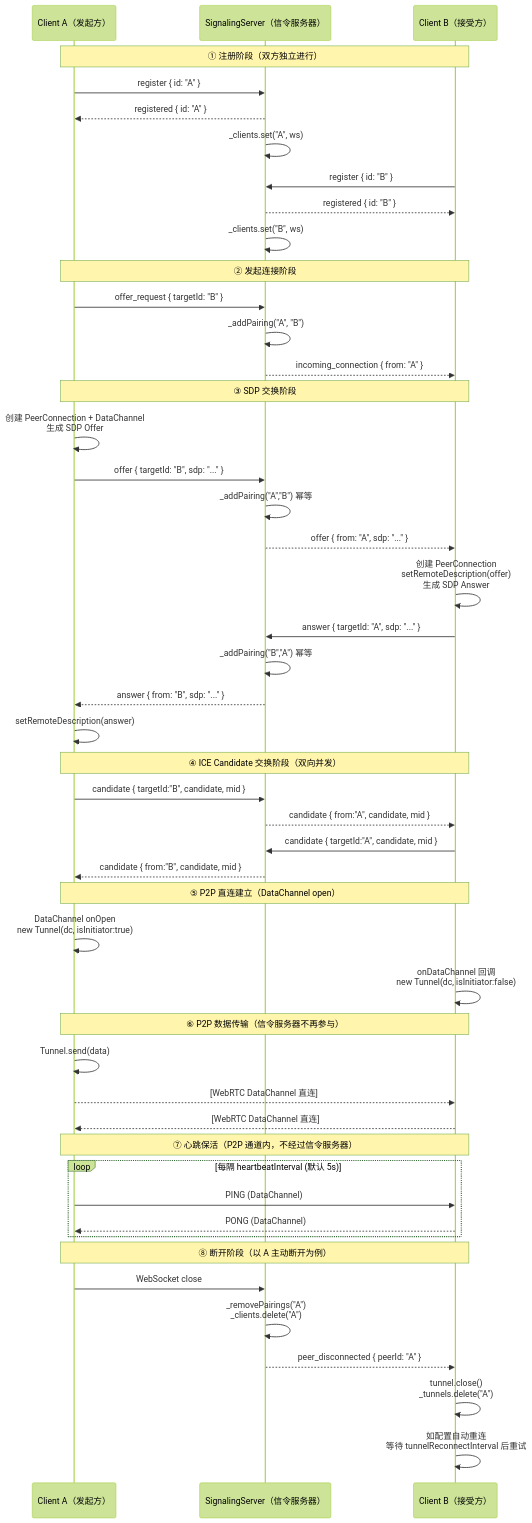
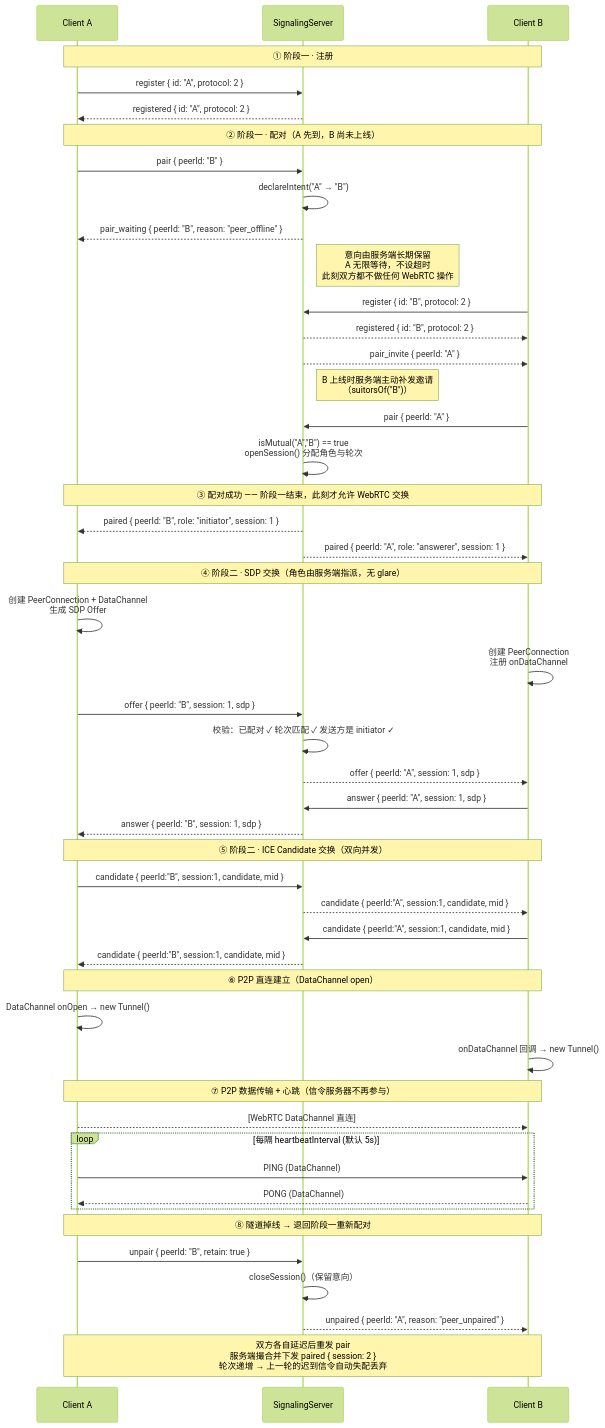
The diagram in webrtc_tunnel/README.md (hozeeee/proxy_server), drawn with Mermaid (forest theme) before and after one commit. The commit also changed other lines of this file and 11 other files, not shown here.

````diff
--- a/webrtc_tunnel/README.md
+++ b/webrtc_tunnel/README.md
@@ -23,70 +32,70 @@
 ```mermaid
 sequenceDiagram
-    participant A as Client A（发起方）
-    participant S as SignalingServer（信令服务器）
-    participant B as Client B（接受方）
+    participant A as Client A
+    participant S as SignalingServer
+    participant B as Client B
 
-    Note over A,B: ① 注册阶段（双方独立进行）
+    Note over A,B: ① 阶段一 · 注册
 
-    A->>S: register { id: "A" }
-    S-->>A: registered { id: "A" }
-    S->>S: _clients.set("A", ws)
+    A->>S: register { id: "A", protocol: 2 }
+    S-->>A: registered { id: "A", protocol: 2 }
 
-    B->>S: register { id: "B" }
-    S-->>B: registered { id: "B" }
-    S->>S: _clients.set("B", ws)
+    Note over A,B: ② 阶段一 · 配对（A 先到，B 尚未上线）
 
-    Note over A,B: ② 发起连接阶段
+    A->>S: pair { peerId: "B" }
+    S->>S: declareIntent("A" → "B")
+    S-->>A: pair_waiting { peerId: "B", reason: "peer_offline" }
+    Note right of S: 意向由服务端长期保留<br/>A 无限等待，不设超时<br/>此刻双方都不做任何 WebRTC 操作
 
-    A->>S: offer_request { targetId: "B" }
-    S->>S: _addPairing("A", "B")
-    S-->>B: incoming_connection { from: "A" }
+    B->>S: register { id: "B", protocol: 2 }
+    S-->>B: registered { id: "B", protocol: 2 }
+    S-->>B: pair_invite { peerId: "A" }
+    Note right of S: B 上线时服务端主动补发邀请<br/>（suitorsOf("B")）
 
-    Note over A,B: ③ SDP 交换阶段
+    B->>S: pair { peerId: "A" }
+    S->>S: isMutual("A","B") == true<br/>openSession() 分配角色与轮次
+
+    Note over A,B: ③ 配对成功 —— 阶段一结束，此刻才允许 WebRTC 交换
+
+    S-->>A: paired { peerId: "B", role: "initiator", session: 1 }
+    S-->>B: paired { peerId: "A", role: "answerer",  session: 1 }
+
+    Note over A,B: ④ 阶段二 · SDP 交换（角色由服务端指派，无 glare）
 
     A->>A: 创建 PeerConnection + DataChannel<br/>生成 SDP Offer
-    A->>S: offer { targetId: "B", sdp: "..." }
-    S->>S: _addPairing("A","B") 幂等
-    S-->>B: offer { from: "A", sdp: "..." }
+    B->>B: 创建 PeerConnection<br/>注册 onDataChannel
 
-    B->>B: 创建 PeerConnection<br/>setRemoteDescription(offer)<br/>生成 SDP Answer
-    B->>S: answer { targetId: "A", sdp: "..." }
-    S->>S: _addPairing("B","A") 幂等
-    S-->>A: answer { from: "B", sdp: "..." }
+    A->>S: offer { peerId: "B", session: 1, sdp }
+    S->>S: 校验：已配对 ✓ 轮次匹配 ✓ 发送方是 initiator ✓
+    S-->>B: offer { peerId: "A", session: 1, sdp }
 
-    A->>A: setRemoteDescription(answer)
+    B->>S: answer { peerId: "A", session: 1, sdp }
+    S-->>A: answer { peerId: "B", session: 1, sdp }
 
-    Note over A,B: ④ ICE Candidate 交换阶段（双向并发）
+    Note over A,B: ⑤ 阶段二 · ICE Candidate 交换（双向并发）
 
-    A->>S: candidate { targetId:"B", candidate, mid }
-    S-->>B: candidate { from:"A", candidate, mid }
+    A->>S: candidate { peerId:"B", session:1, candidate, mid }
+    S-->>B: candidate { peerId:"A", session:1, candidate, mid }
+    B->>S: candidate { peerId:"A", session:1, candidate, mid }
+    S-->>A: candidate { peerId:"B", session:1, candidate, mid }
 
-    B->>S: candidate { targetId:"A", candidate, mid }
-    S-->>A: candidate { from:"B", candidate, mid }
+    Note over A,B: ⑥ P2P 直连建立（DataChannel open）
 
-    Note over A,B: ⑤ P2P 直连建立（DataChannel open）
+    A->>A: DataChannel onOpen → new Tunnel()
+    B->>B: onDataChannel 回调 → new Tunnel()
 
-    A->>A: DataChannel onOpen<br/>new Tunnel(dc, isInitiator:true)
-    B->>B: onDataChannel 回调<br/>new Tunnel(dc, isInitiator:false)
+    Note over A,B: ⑦ P2P 数据传输 + 心跳（信令服务器不再参与）
 
-    Note over A,B: ⑥ P2P 数据传输（信令服务器不再参与）
-
-    A->>A: Tunnel.send(data)
     A-->>B: [WebRTC DataChannel 直连]
-    B-->>A: [WebRTC DataChannel 直连]
-
-    Note over A,B: ⑦ 心跳保活（P2P 通道内，不经过信令服务器）
-
     loop 每隔 heartbeatInterval (默认 5s)
         A->>B: PING (DataChannel)
         B-->>A: PONG (DataChannel)
     end
 
-    Note over A,B: ⑧ 断开阶段（以 A 主动断开为例）
+    Note over A,B: ⑧ 隧道掉线 → 退回阶段一重新配对
 
-    A->>S: WebSocket close
-    S->>S: _removePairings("A")<br/>_clients.delete("A")
-    S-->>B: peer_disconnected { peerId: "A" }
-    B->>B: tunnel.close()<br/>_tunnels.delete("A")
-    B->>B: 如配置自动重连<br/>等待 tunnelReconnectInterval 后重试
+    A->>S: unpair { peerId: "B", retain: true }
+    S->>S: closeSession()（保留意向）
+    S-->>B: unpaired { peerId: "A", reason: "peer_unpaired" }
+    Note over A,B: 双方各自延迟后重发 pair<br/>服务端撮合并下发 paired { session: 2 }<br/>轮次递增 → 上一轮的迟到信令自动失配丢弃
 ```
````
